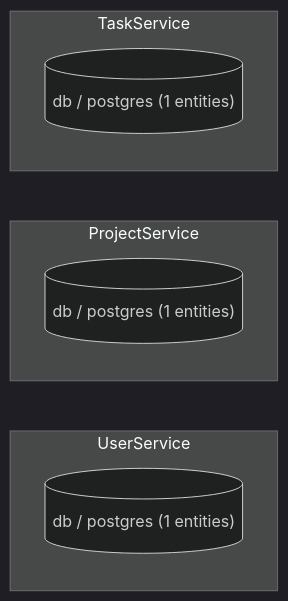
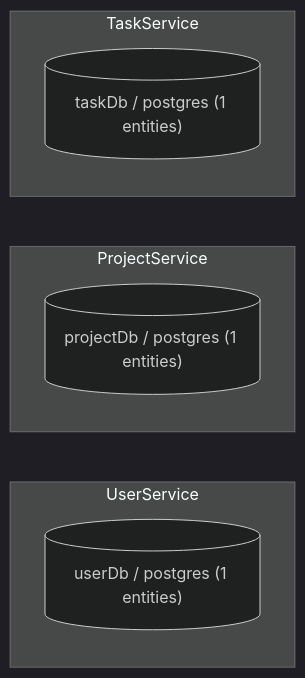
One commit to keturk/datrix changed the diagram in examples/02-domains/task-management/docs/diagrams/infrastructure.md. Above: the diagram before and after it, drawn with Mermaid (dark theme). The commit also changed 158 other files, not shown here.

First line of the commit message:
Examples: name RDBMS blocks and align diagrams/docs with multi-datasource style

````diff
--- a/examples/02-domains/task-management/docs/diagrams/infrastructure.md
+++ b/examples/02-domains/task-management/docs/diagrams/infrastructure.md
@@ -3,12 +3,12 @@
 ```mermaid
 graph LR
     subgraph "UserService"
-    user_service_rdbms_db[("db / postgres (1 entities)")]
+    user_service_rdbms_user_db[("userDb / postgres (1 entities)")]
     end
     subgraph "ProjectService"
-    project_service_rdbms_db[("db / postgres (1 entities)")]
+    project_service_rdbms_project_db[("projectDb / postgres (1 entities)")]
     end
     subgraph "TaskService"
-    task_service_rdbms_db[("db / postgres (1 entities)")]
+    task_service_rdbms_task_db[("taskDb / postgres (1 entities)")]
     end
 ```
````
